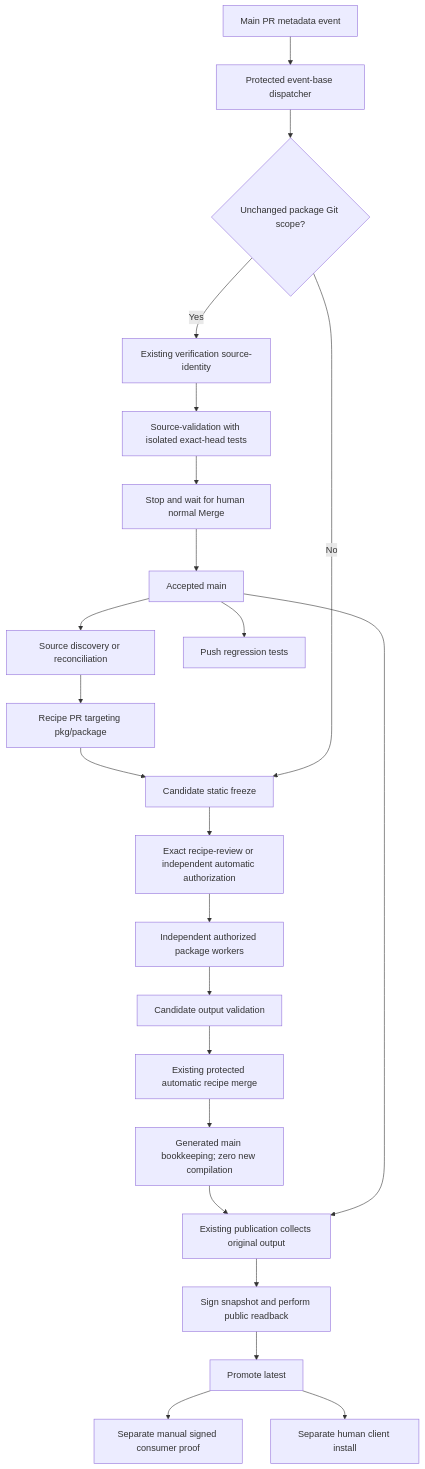
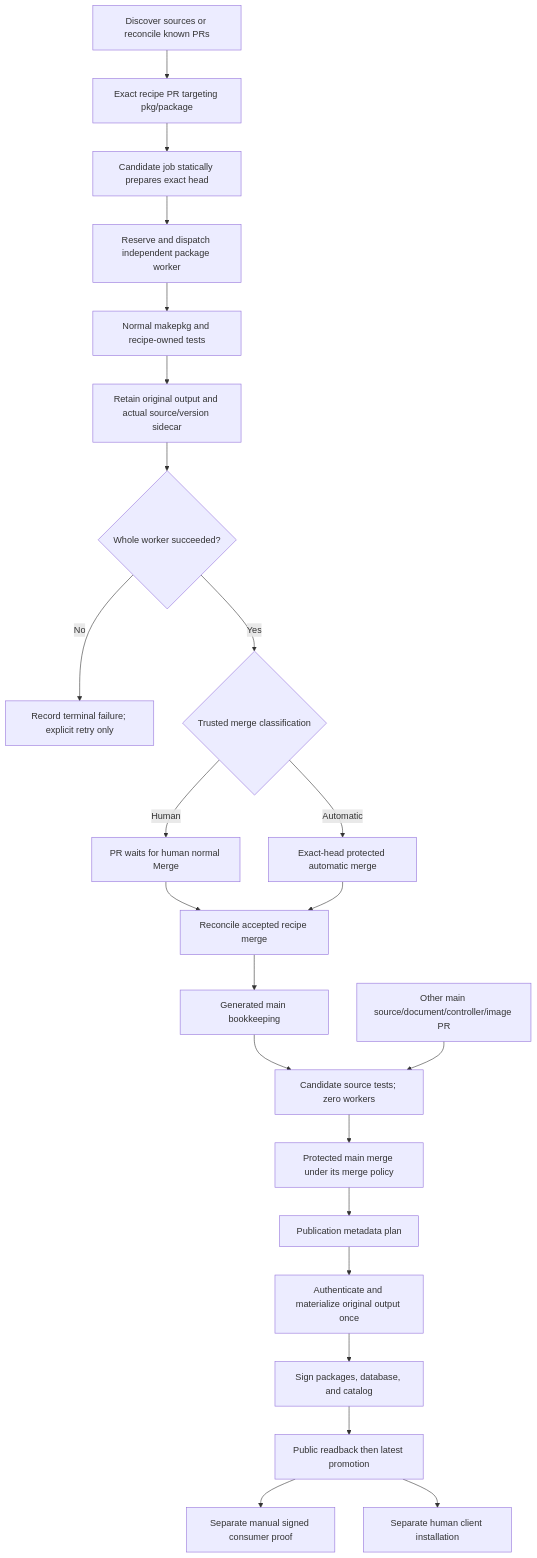
One commit to vith/arch-packages changed the first of 3 diagrams in docs/system-flow.md. Above: the diagram before and after it, drawn with Mermaid. The commit also changed other lines of this file and 3 other files, not shown here.

Commit message:
Document complete build-before-merge cutover and rollout evidence

````diff
--- a/docs/system-flow.md
+++ b/docs/system-flow.md
@@ -36,25 +57,25 @@
 ```mermaid
 flowchart TD
-    U[Source discovery or reconciliation] --> R[Recipe PR targeting pkg/package]
-    R --> C[Candidate static freeze]
-    C --> A[Exact recipe-review or independent automatic authorization]
-    A --> W[Independent authorized package workers]
-    W --> V[Candidate output validation]
-    V --> M[Existing protected automatic recipe merge]
-    M --> B[Generated main bookkeeping; zero new compilation]
-    B --> P[Existing publication collects original output]
-    Q[Main PR metadata event] --> D[Protected event-base dispatcher]
-    D --> S{Unchanged package Git scope?}
-    S -->|Yes| I[Existing verification source-identity]
-    I --> T[Source-validation with isolated exact-head tests]
-    T --> H[Stop and wait for human normal Merge]
-    S -->|No| C
-    H --> MAIN[Accepted main]
-    MAIN --> REG[Push regression tests]
-    MAIN --> U
-    MAIN --> P
-    P --> SIGN[Sign snapshot and perform public readback]
-    SIGN --> L[Promote latest]
-    L --> CP[Separate manual signed consumer proof]
-    L --> CLIENT[Separate human client install]
+    U[Discover sources or reconcile known PRs] --> R[Exact recipe PR targeting pkg/package]
+    R --> C[Candidate job statically prepares exact head]
+    C --> W[Reserve and dispatch independent package worker]
+    W --> B[Normal makepkg and recipe-owned tests]
+    B --> O[Retain original output and actual source/version sidecar]
+    O --> S{Whole worker succeeded?}
+    S -->|No| F[Record terminal failure; explicit retry only]
+    S -->|Yes| P{Trusted merge classification}
+    P -->|Human| H[PR waits for human normal Merge]
+    P -->|Automatic| A[Exact-head protected automatic merge]
+    H --> K[Reconcile accepted recipe merge]
+    A --> K
+    K --> M[Generated main bookkeeping]
+    M --> T[Candidate source tests; zero workers]
+    Q[Other main source/document/controller/image PR] --> T
+    T --> N[Protected main merge under its merge policy]
+    N --> COL[Publication metadata plan]
+    COL --> INC[Authenticate and materialize original output once]
+    INC --> SIGN[Sign packages, database, and catalog]
+    SIGN --> READ[Public readback then latest promotion]
+    READ --> CP[Separate manual signed consumer proof]
+    READ --> CLIENT[Separate human client installation]
 ```
````
